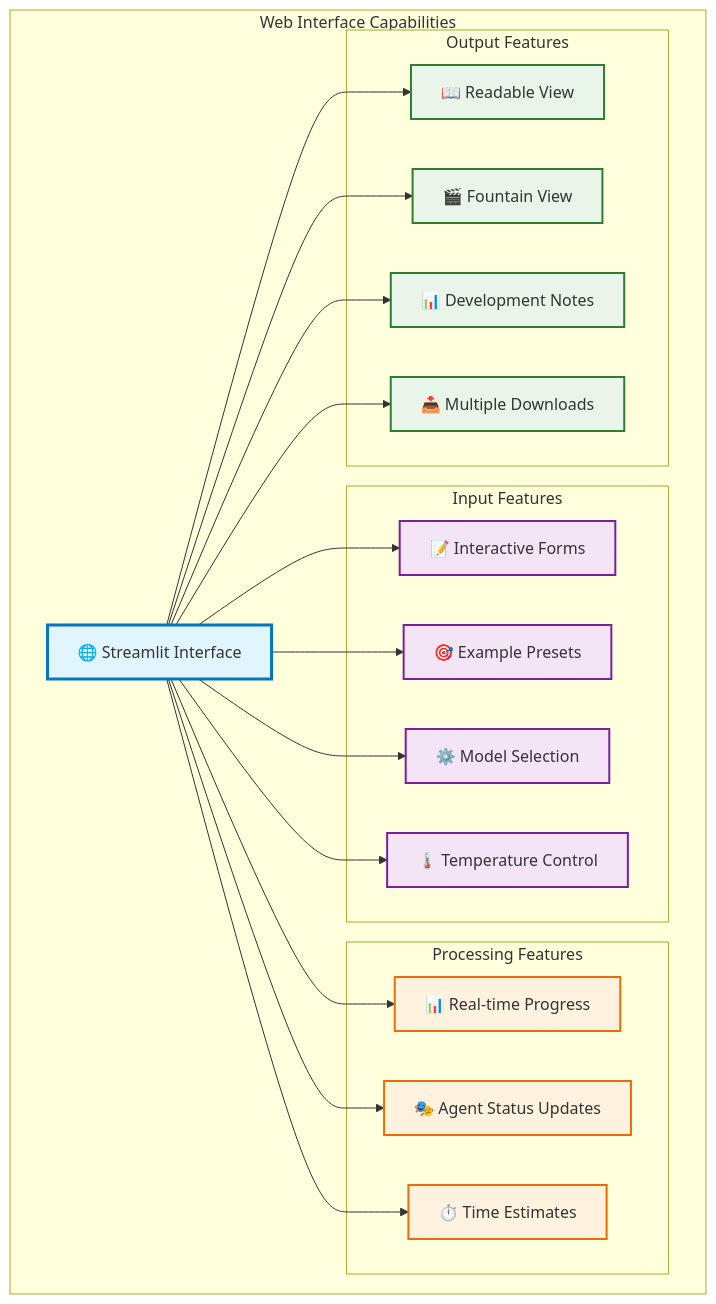
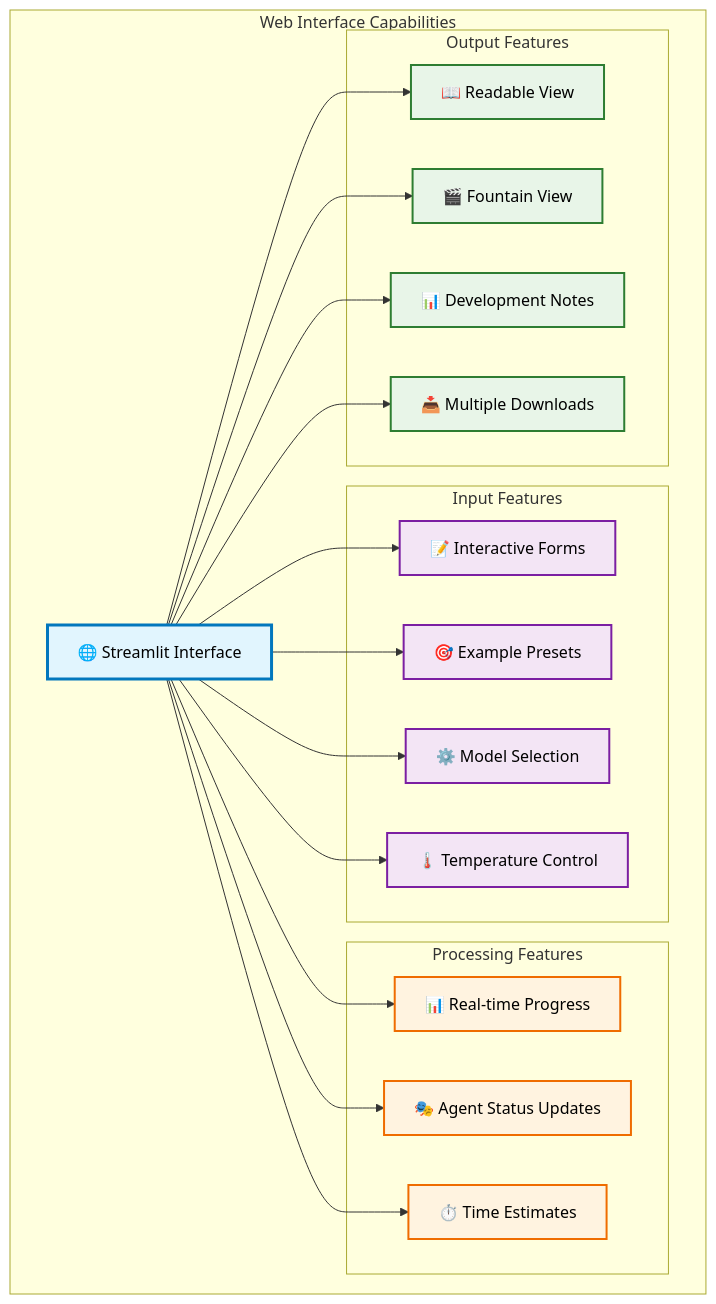
One commit to drMy5tery/Movie-Scene-Creator changed diagram 11 of 13 in movie-mas/Presentation/Movie-Scene-Creator-Presentation.md. Above: the diagram before and after it, drawn with Mermaid. The commit also changed other lines of this file, not shown here.

````diff
--- a/movie-mas/Presentation/Movie-Scene-Creator-Presentation.md
+++ b/movie-mas/Presentation/Movie-Scene-Creator-Presentation.md
@@ -699,53 +699,53 @@
 ```mermaid
 graph TB
     subgraph "Web Interface Capabilities"
         UI[🌐 Streamlit Interface]
         
         subgraph "Input Features"
             F1[📝 Interactive Forms]
             F2[🎯 Example Presets]
             F3[⚙️ Model Selection]
             F4[🌡️ Temperature Control]
         end
         
         subgraph "Processing Features"
             P1[📊 Real-time Progress]
             P2[🎭 Agent Status Updates]
             P3[⏱️ Time Estimates]
         end
         
         subgraph "Output Features"
             O1[📖 Readable View]
             O2[🎬 Fountain View]
             O3[📊 Development Notes]
             O4[📥 Multiple Downloads]
         end
         
         UI --> F1
         UI --> F2
         UI --> F3
         UI --> F4
         
         UI --> P1
         UI --> P2
         UI --> P3
         
         UI --> O1
         UI --> O2
         UI --> O3
         UI --> O4
         
-        style UI fill:#e1f5fe,stroke:#0277bd,stroke-width:3px
-        style F1 fill:#f3e5f5,stroke:#7b1fa2,stroke-width:2px
-        style F2 fill:#f3e5f5,stroke:#7b1fa2,stroke-width:2px
-        style F3 fill:#f3e5f5,stroke:#7b1fa2,stroke-width:2px
-        style F4 fill:#f3e5f5,stroke:#7b1fa2,stroke-width:2px
-        style P1 fill:#fff3e0,stroke:#ef6c00,stroke-width:2px
-        style P2 fill:#fff3e0,stroke:#ef6c00,stroke-width:2px
-        style P3 fill:#fff3e0,stroke:#ef6c00,stroke-width:2px
-        style O1 fill:#e8f5e8,stroke:#2e7d32,stroke-width:2px
-        style O2 fill:#e8f5e8,stroke:#2e7d32,stroke-width:2px
-        style O3 fill:#e8f5e8,stroke:#2e7d32,stroke-width:2px
-        style O4 fill:#e8f5e8,stroke:#2e7d32,stroke-width:2px
+        style UI fill:#e1f5fe,stroke:#0277bd,stroke-width:3px,color:#000000
+        style F1 fill:#f3e5f5,stroke:#7b1fa2,stroke-width:2px,color:#000000
+        style F2 fill:#f3e5f5,stroke:#7b1fa2,stroke-width:2px,color:#000000
+        style F3 fill:#f3e5f5,stroke:#7b1fa2,stroke-width:2px,color:#000000
+        style F4 fill:#f3e5f5,stroke:#7b1fa2,stroke-width:2px,color:#000000
+        style P1 fill:#fff3e0,stroke:#ef6c00,stroke-width:2px,color:#000000
+        style P2 fill:#fff3e0,stroke:#ef6c00,stroke-width:2px,color:#000000
+        style P3 fill:#fff3e0,stroke:#ef6c00,stroke-width:2px,color:#000000
+        style O1 fill:#e8f5e8,stroke:#2e7d32,stroke-width:2px,color:#000000
+        style O2 fill:#e8f5e8,stroke:#2e7d32,stroke-width:2px,color:#000000
+        style O3 fill:#e8f5e8,stroke:#2e7d32,stroke-width:2px,color:#000000
+        style O4 fill:#e8f5e8,stroke:#2e7d32,stroke-width:2px,color:#000000
     end
 ```
````
